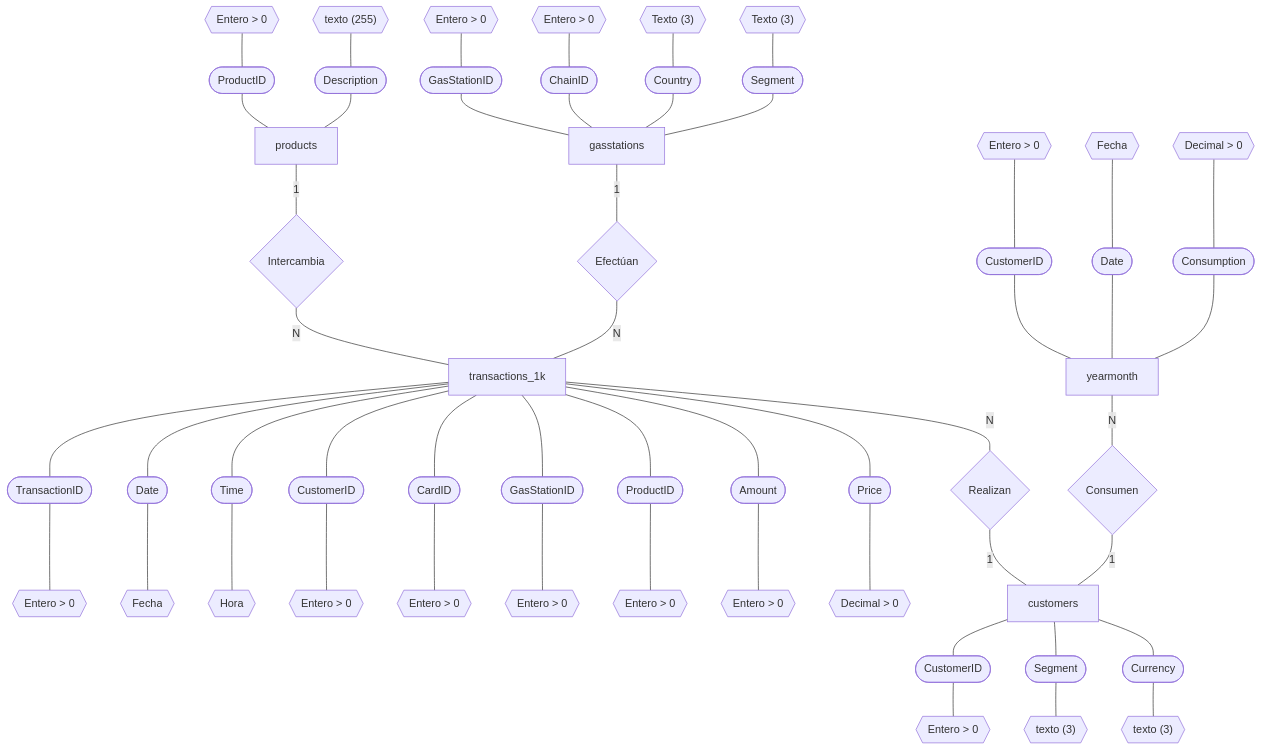
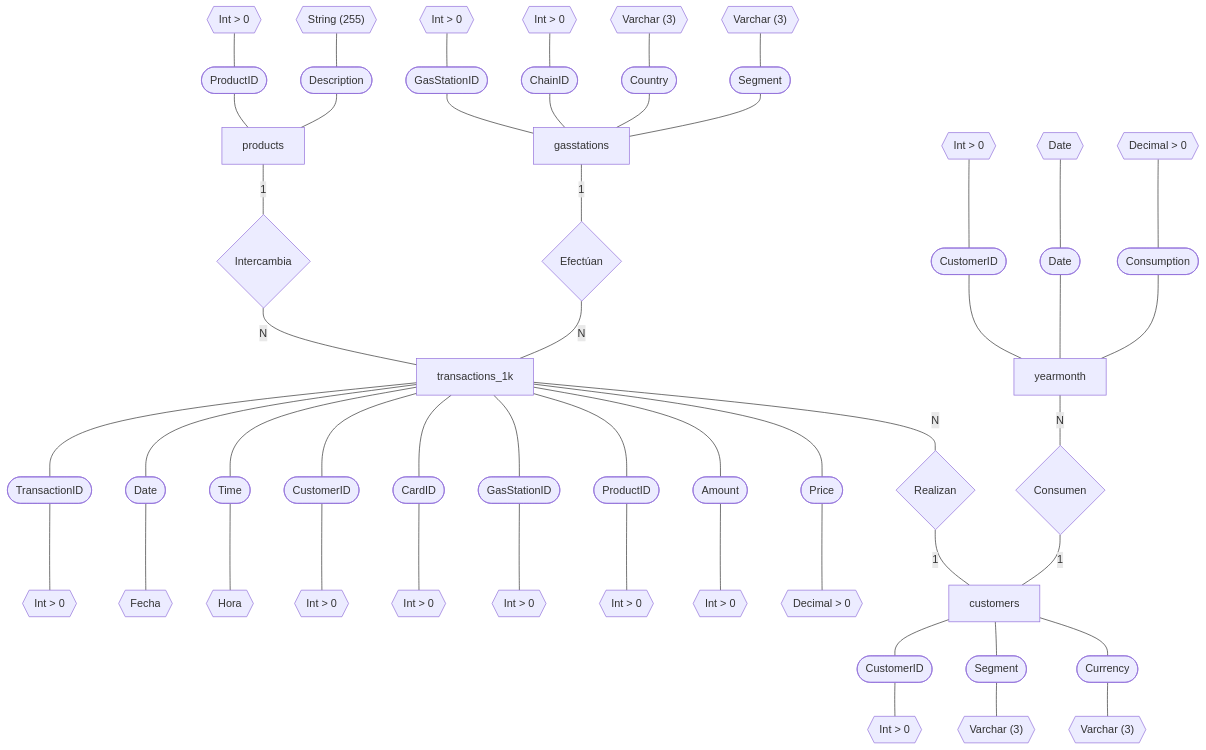
The diagram in Tareas/Tarea2.md (SandraCavazos/BDR), drawn with Mermaid before and after one commit. The commit also changed 1 other file, not shown here.

Commit message:
Se sube tarea 3 y corrige idioma de relaciones en tarea 2

````diff
--- a/Tareas/Tarea2.md
+++ b/Tareas/Tarea2.md
@@ -7,32 +7,32 @@
 ```mermaid
 flowchart BT
-    d1{{Entero > 0}} --- a1([TransactionID])--- transactions_1k
+    d1{{Int > 0}} --- a1([TransactionID])--- transactions_1k
     d2{{Fecha}} --- a2([Date])--- transactions_1k
     d3{{Hora}} --- a3([Time]) ---transactions_1k
-    d4{{Entero > 0}}--- a4([CustomerID]) --- transactions_1k
-    d5{{Entero > 0}}--- a5([CardID]) --- transactions_1k
-    d6{{Entero > 0}}--- a6([GasStationID])---transactions_1k
-    d7{{Entero > 0}}--- a7([ProductID])---transactions_1k
-    d8{{Entero > 0}}--- a8([Amount])---transactions_1k
+    d4{{Int > 0}}--- a4([CustomerID]) --- transactions_1k
+    d5{{Int > 0}}--- a5([CardID]) --- transactions_1k
+    d6{{Int > 0}}--- a6([GasStationID])---transactions_1k
+    d7{{Int > 0}}--- a7([ProductID])---transactions_1k
+    d8{{Int > 0}}--- a8([Amount])---transactions_1k
     d9{{Decimal > 0}}--- a9([Price])---transactions_1k
 
     transactions_1k---|N|r1{Intercambia}---|1|products
-    products---a10([ProductID])---d10{{Entero > 0}}
-    products---a11([Description])---d11{{"texto (255)"}}
+    products---a10([ProductID])---d10{{Int > 0}}
+    products---a11([Description])---d11{{"String (255)"}}
 
     customers---|1|r2{Realizan}---|N|transactions_1k
-    d12{{Entero > 0}}---a12([CustomerID])---customers
-    d13{{"texto (3)"}}---a13([Segment])---customers
-    d14{{"texto (3)"}}---a14([Currency])---customers
+    d12{{Int > 0}}---a12([CustomerID])---customers
+    d13{{"Varchar (3)"}}---a13([Segment])---customers
+    d14{{"Varchar (3)"}}---a14([Currency])---customers
 
     customers---|1|r3{Consumen}---|N|yearmonth
-    yearmonth---a15([CustomerID])---d15{{Entero > 0}}
-    yearmonth---a16([Date])---d16{{Fecha}}
+    yearmonth---a15([CustomerID])---d15{{Int > 0}}
+    yearmonth---a16([Date])---d16{{Date}}
     yearmonth---a17([Consumption])---d17{{Decimal > 0}}
 
     transactions_1k---|N|r4{Efectúan}---|1|gasstations
-    gasstations---a18([GasStationID])---d18{{Entero > 0}}
-    gasstations---a19([ChainID])---d19{{Entero > 0}}
-    gasstations---a20([Country])---d20{{"Texto (3)"}}
-    gasstations---a21([Segment])---d21{{"Texto (3)"}}
+    gasstations---a18([GasStationID])---d18{{Int > 0}}
+    gasstations---a19([ChainID])---d19{{Int > 0}}
+    gasstations---a20([Country])---d20{{"Varchar (3)"}}
+    gasstations---a21([Segment])---d21{{"Varchar (3)"}}
 ```
````
